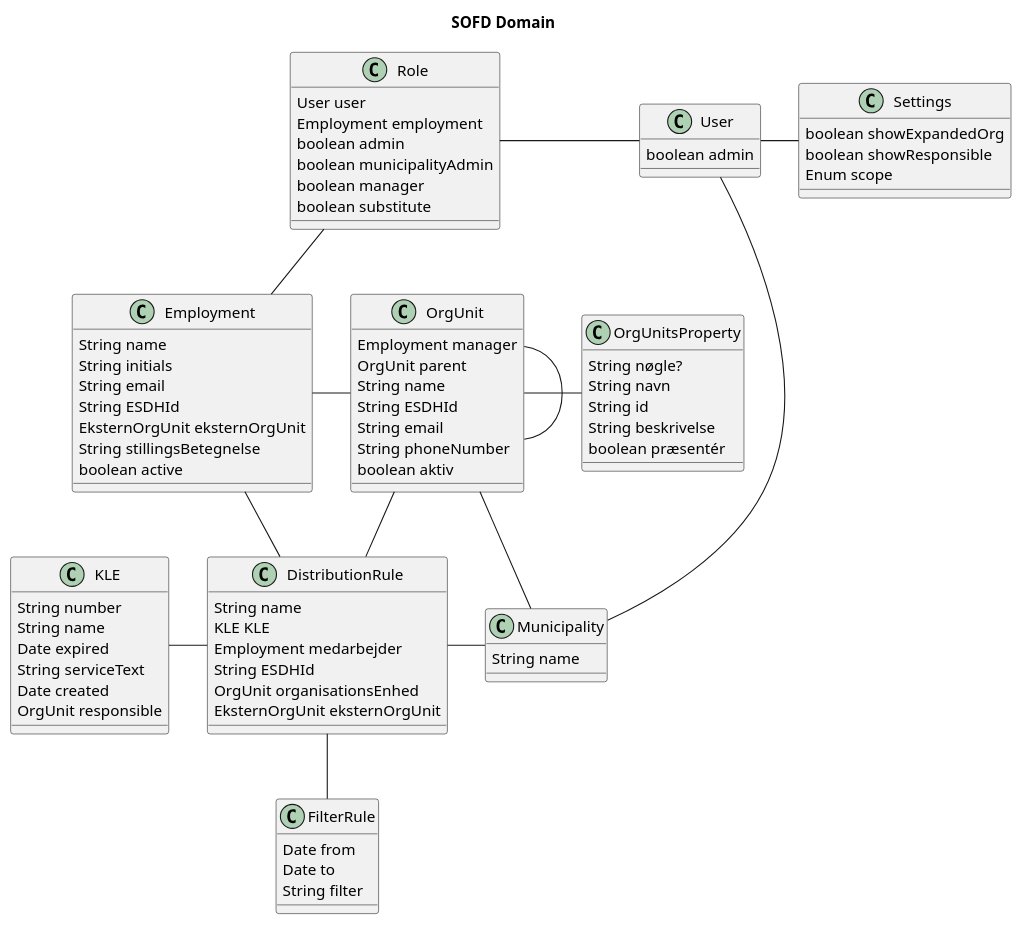
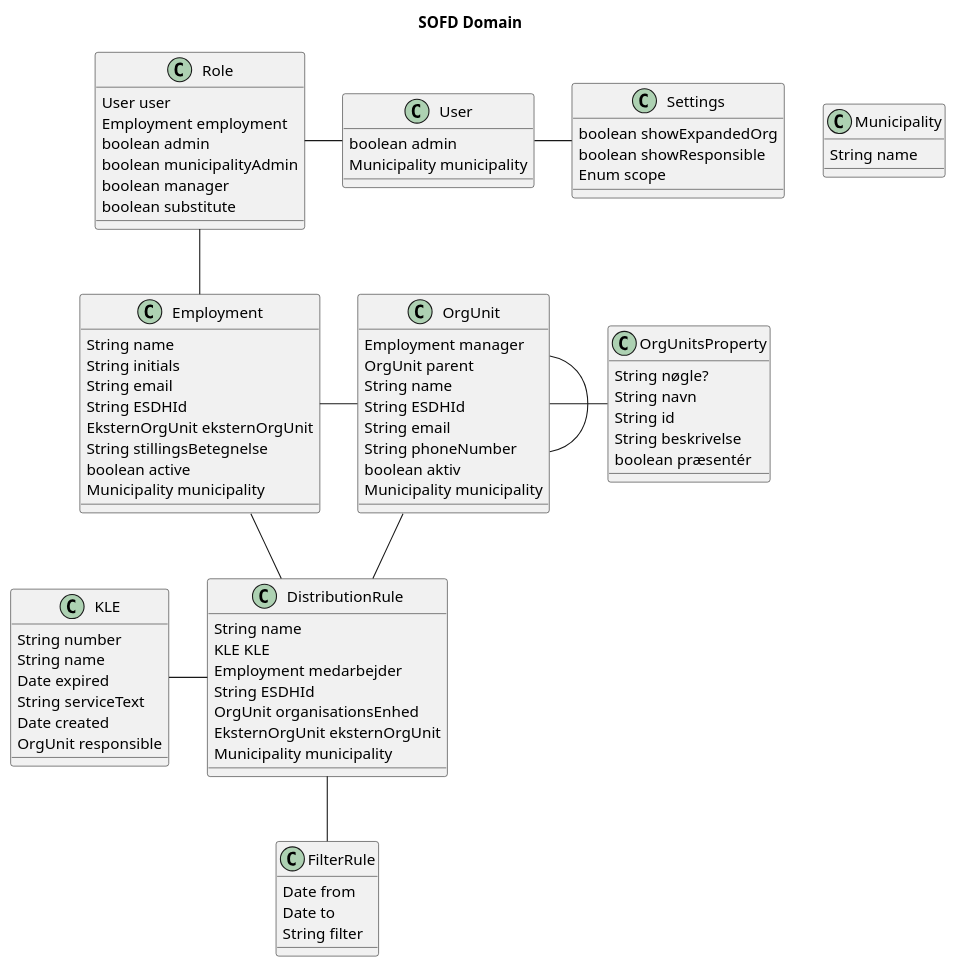
The diagram in docs/domain.puml (dibgraversen/os2opgavefordeler), drawn with PlantUML before and after one commit.

Commit message:
added municipality to employment and switched from relation to attribute as the diagram got cluttered.

```diff
--- a/docs/domain.puml
+++ b/docs/domain.puml
@@ -1,95 +1,95 @@
 @startuml
 title SOFD Domain
 
 class User {
   boolean admin
+  Municipality municipality
 }
 
 class Role {
   User user
   Employment employment
   boolean admin
   boolean municipalityAdmin
   boolean manager
   boolean substitute
 }
 
 class Municipality {
   String name
 }
 
 class FilterRule {
   Date from
   Date to
   String filter
 }
 
 class KLE {
   String number
   String name
   Date expired
   String serviceText
   Date created
   OrgUnit responsible
 }
 
 class OrgUnitsProperty {
   String nøgle?
   String navn
   String id
   String beskrivelse
   boolean præsentér
 }
 
 class DistributionRule {
   String name
   KLE KLE
   Employment medarbejder
   String ESDHId
   OrgUnit organisationsEnhed
   EksternOrgUnit eksternOrgUnit
+  Municipality municipality
 }
 
 class Employment {
   String name
   String initials
   String email
   String ESDHId
   EksternOrgUnit eksternOrgUnit
   String stillingsBetegnelse
   boolean active
+  Municipality municipality
 }
 
 class OrgUnit {
   Employment manager
   OrgUnit parent
   String name
   String ESDHId
   String email
   String phoneNumber
   boolean aktiv
-
+  Municipality municipality
 }
 
 class Settings {
   boolean showExpandedOrg
   boolean showResponsible
   Enum scope
 }
 
 
 Role -- Employment
 Role - User
 User - Settings
-User -- Municipality
-OrgUnit -- Municipality
 OrgUnit - OrgUnit
 OrgUnit - OrgUnitsProperty
 OrgUnit -- DistributionRule
 Employment -- DistributionRule
 KLE - DistributionRule
-DistributionRule - Municipality
 Employment - OrgUnit
 DistributionRule -- FilterRule
 
 @enduml
```
